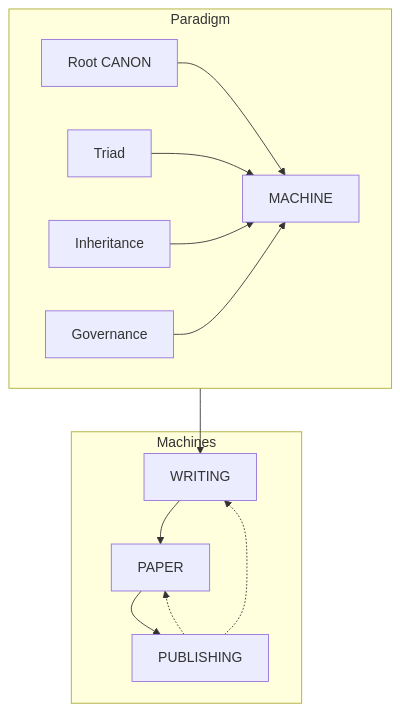
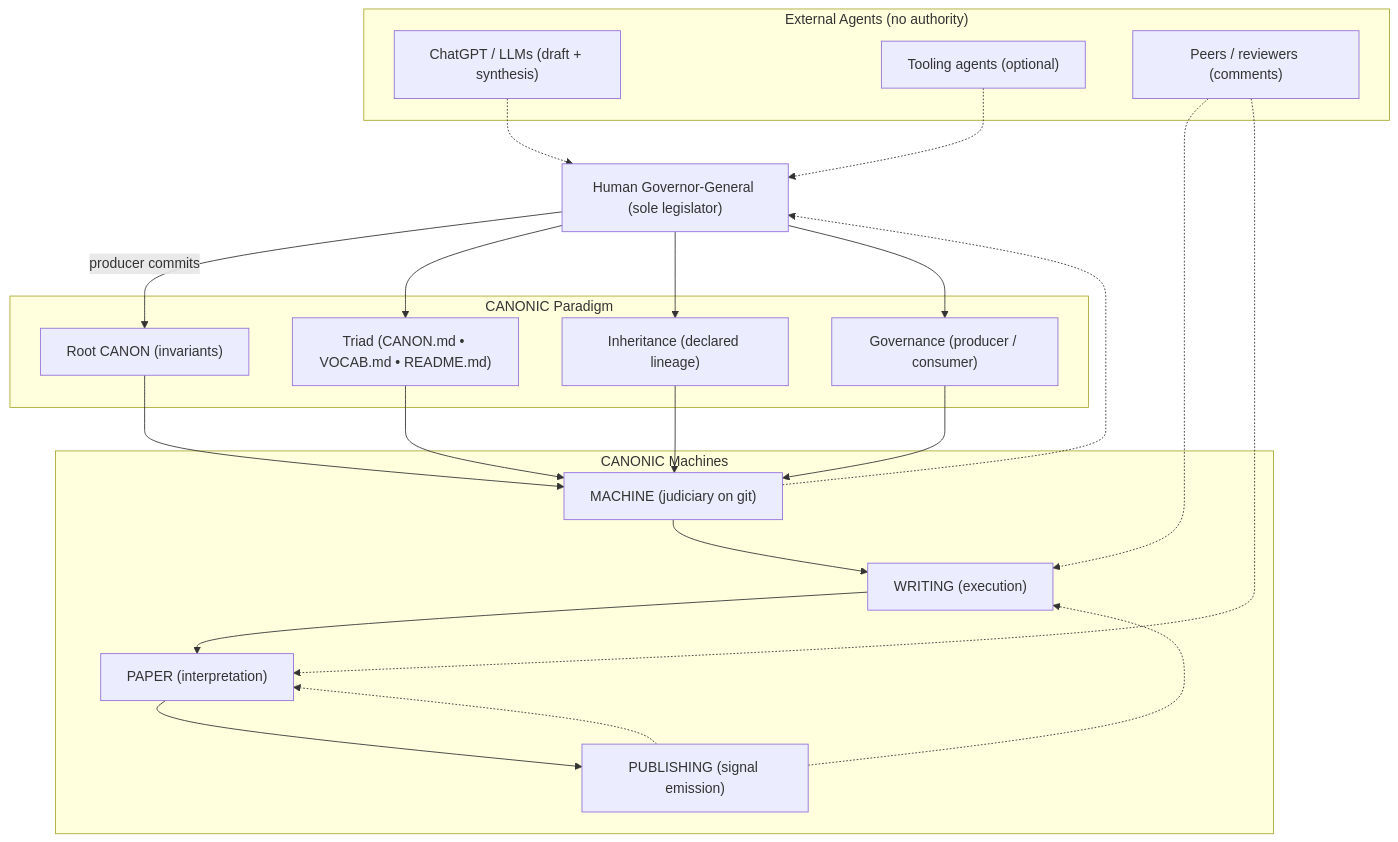
Before and after one commit to canonic-machine/paper: the diagram in PAPER.md, drawn with Mermaid. The commit also changed other lines of this file, not shown here.

First line of the commit message:
Episode 046 – Redo signal 2: Leave for USER commit

````diff
--- a/PAPER.md
+++ b/PAPER.md
@@ -25,18 +67,45 @@
 ```mermaid
 flowchart TB
-    subgraph Paradigm
-        direction LR
-        RC[Root CANON] --> M1
-        TR[Triad] --> M1
-        INH[Inheritance] --> M1
-        GOV[Governance] --> M1
-    end
+  GG["Human Governor-General (sole legislator)"]
 
-    subgraph Machines
-        M1[MACHINE] --> M2[WRITING]
-        M2 --> M3[PAPER]
-        M3 --> M4[PUBLISHING]
-        M4 -.-> M2
-        M4 -.-> M3
-    end
+  subgraph PARADIGM ["CANONIC Paradigm"]
+    RC["Root CANON (invariants)"]
+    TR["Triad (CANON.md • VOCAB.md • README.md)"]
+    INH["Inheritance (declared lineage)"]
+    GOV["Governance (producer / consumer)"]
+  end
+
+  subgraph STACK ["CANONIC Machines"]
+    M1["MACHINE (judiciary on git)"]
+    M2["WRITING (execution)"]
+    M3["PAPER (interpretation)"]
+    M4["PUBLISHING (signal emission)"]
+  end
+
+  subgraph AGENTS ["External Agents (no authority)"]
+    A1["ChatGPT / LLMs (draft + synthesis)"]
+    A2["Tooling agents (optional)"]
+    A3["Peers / reviewers (comments)"]
+  end
+
+  GG -->|producer commits| RC
+  GG --> TR
+  GG --> INH
+  GG --> GOV
+
+  RC --> M1
+  TR --> M1
+  INH --> M1
+  GOV --> M1
+
+  M1 --> M2 --> M3 --> M4
+
+  M4 -.-> M2
+  M4 -.-> M3
+  A3 -.-> M2
+  A3 -.-> M3
+
+  A1 -.-> GG
+  A2 -.-> GG
+  M1 -.-> GG
 ```
````
